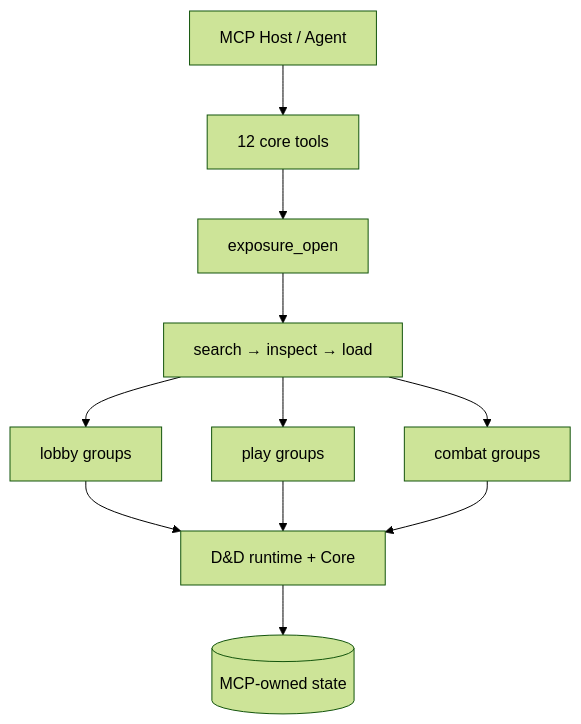
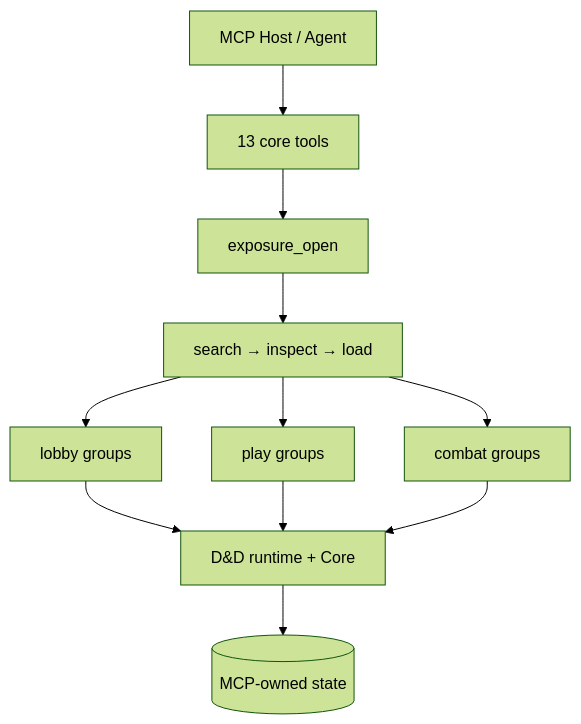
Before and after one commit to SagaSmithAI/SagaSmith-dnd-mcp: the diagram in README.md, drawn with Mermaid (forest theme). The commit also changed other lines of this file and 11 other files, not shown here.

````diff
--- a/README.md
+++ b/README.md
@@ -23,13 +23,13 @@
 ```mermaid
 flowchart TB
-    H[MCP Host / Agent] --> C[12 core tools]
+    H[MCP Host / Agent] --> C[13 core tools]
     C --> O[exposure_open]
     O --> S[search → inspect → load]
     S --> L[lobby groups]
     S --> P[play groups]
     S --> B[combat groups]
     L --> R[D&D runtime + Core]
     P --> R
     B --> R
     R --> D[(MCP-owned state)]
 ```
````
